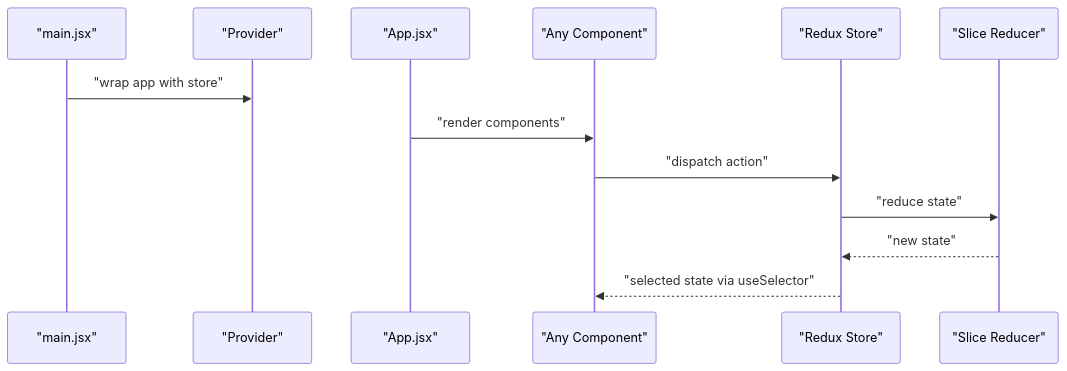
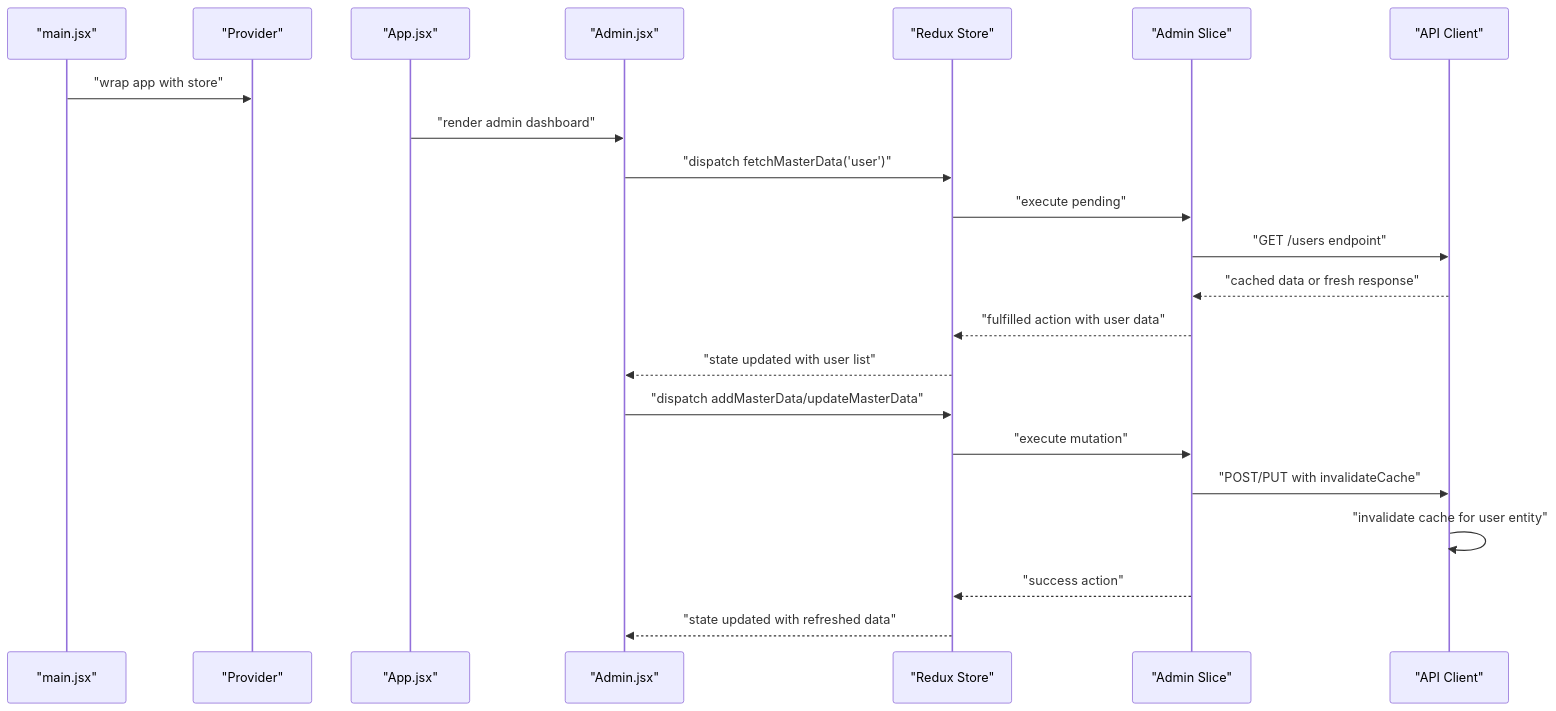
Before and after one commit to Aryan9060/Timetable-Project: the second of 10 diagrams in .qoder/repowiki/en/content/State Management/Redux Store Configuration.md, drawn with Mermaid. The commit also changed other lines of this file and 8 other files, not shown here.

````diff
--- a/.qoder/repowiki/en/content/State Management/Redux Store Configuration.md
+++ b/.qoder/repowiki/en/content/State Management/Redux Store Configuration.md
@@ -93,15 +113,24 @@
 ```mermaid
 sequenceDiagram
 participant Root as "main.jsx"
 participant Provider as "Provider"
 participant App as "App.jsx"
-participant Comp as "Any Component"
+participant Admin as "Admin.jsx"
 participant Store as "Redux Store"
-participant Slice as "Slice Reducer"
+participant AdminSlice as "Admin Slice"
+participant APIClient as "API Client"
 Root->>Provider : "wrap app with store"
-App->>Comp : "render components"
-Comp->>Store : "dispatch action"
-Store->>Slice : "reduce state"
-Slice-->>Store : "new state"
-Store-->>Comp : "selected state via useSelector"
+App->>Admin : "render admin dashboard"
+Admin->>Store : "dispatch fetchMasterData('user')"
+Store->>AdminSlice : "execute pending"
+AdminSlice->>APIClient : "GET /users endpoint"
+APIClient-->>AdminSlice : "cached data or fresh response"
+AdminSlice-->>Store : "fulfilled action with user data"
+Store-->>Admin : "state updated with user list"
+Admin->>Store : "dispatch addMasterData/updateMasterData"
+Store->>AdminSlice : "execute mutation"
+AdminSlice->>APIClient : "POST/PUT with invalidateCache"
+APIClient->>APIClient : "invalidate cache for user entity"
+AdminSlice-->>Store : "success action"
+Store-->>Admin : "state updated with refreshed data"
 ```
````
